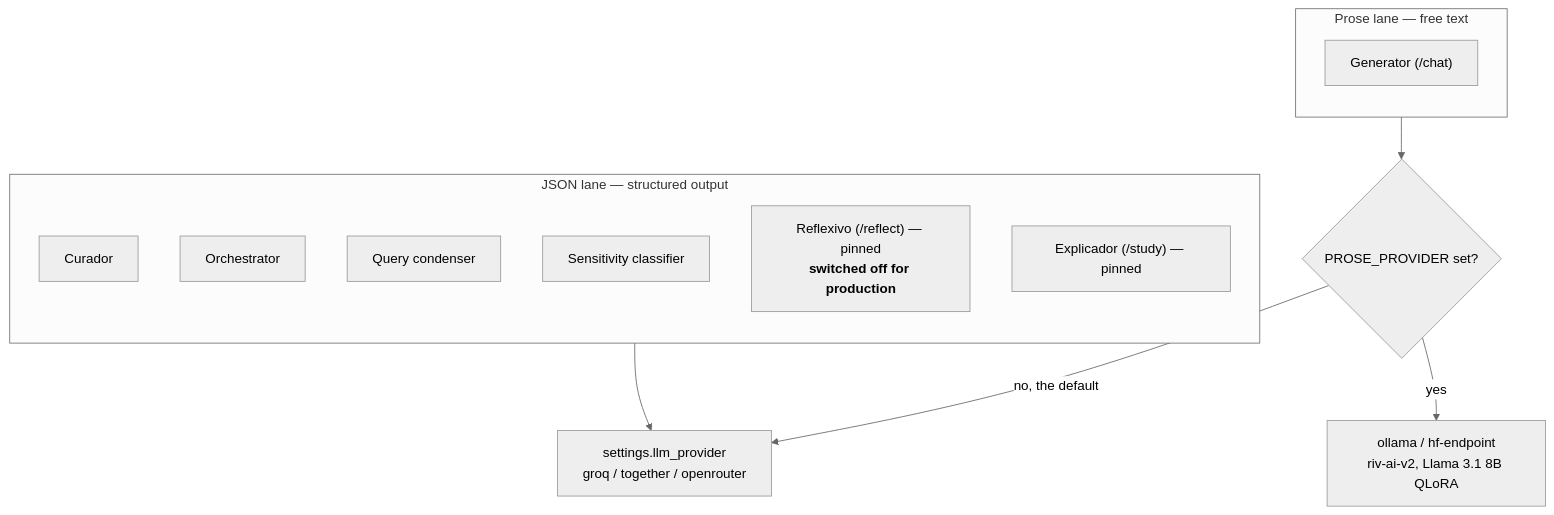
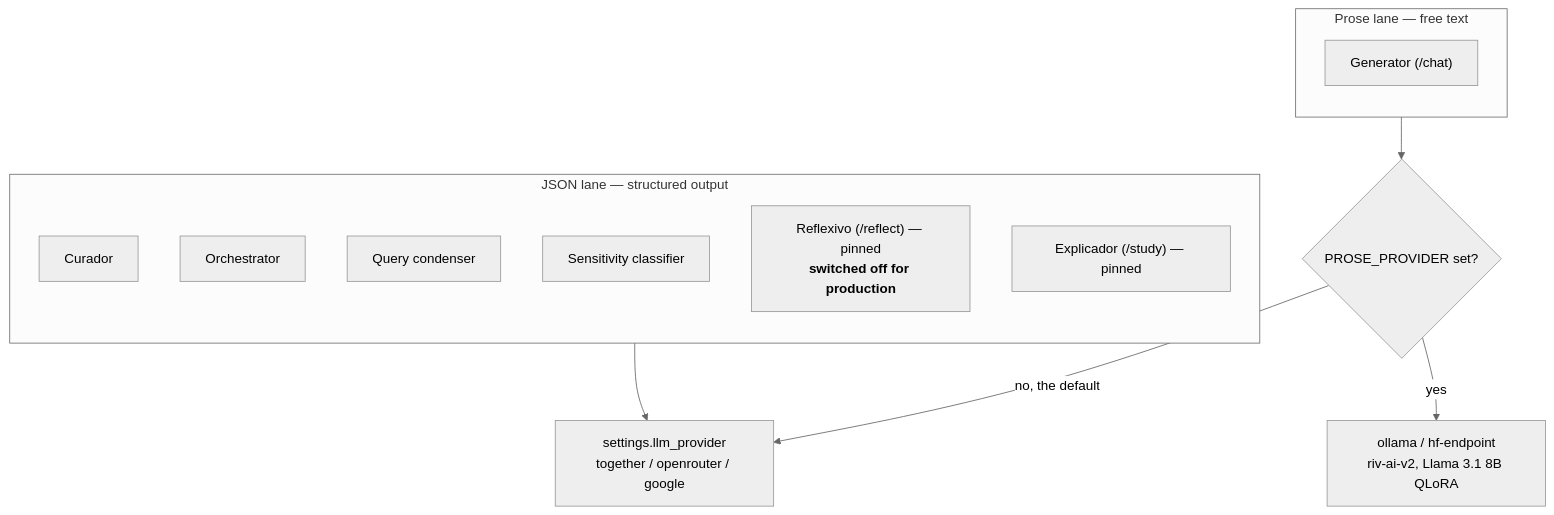
The second of 6 diagrams in docs/architecture.md (marycamila184/kardec-study-assistant), drawn with Mermaid (neutral theme) before and after one commit. The commit also changed 12 other files, not shown here.

````diff
--- a/docs/architecture.md
+++ b/docs/architecture.md
@@ -64,20 +64,20 @@
 ```mermaid
 flowchart TD
     subgraph JSON["JSON lane — structured output"]
         direction TB
         CUR[Curador]
         ORC[Orchestrator]
         CON[Query condenser]
         SEN[Sensitivity classifier]
         REF["Reflexivo (/reflect) — pinned<br/><b>switched off for production</b>"]
         EXP["Explicador (/study) — pinned"]
     end
     subgraph PROSE["Prose lane — free text"]
         direction TB
         GEN["Generator (/chat)"]
     end
-    JSON --> P1["settings.llm_provider<br/>groq / together / openrouter"]
+    JSON --> P1["settings.llm_provider<br/>together / openrouter / google"]
     PROSE --> SW{"PROSE_PROVIDER set?"}
     SW -->|no, the default| P1
     SW -->|yes| P2["ollama / hf-endpoint<br/>riv-ai-v2, Llama 3.1 8B QLoRA"]
 ```
````
